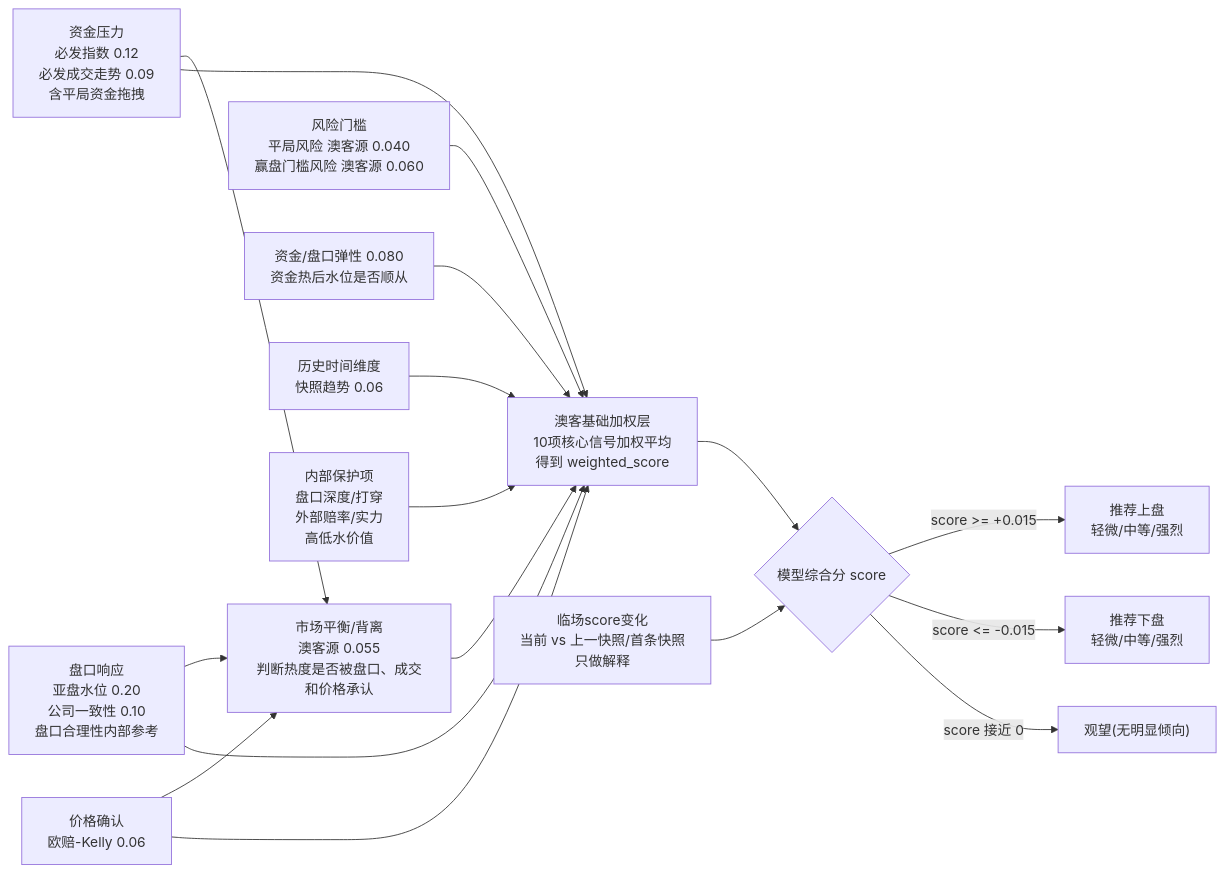
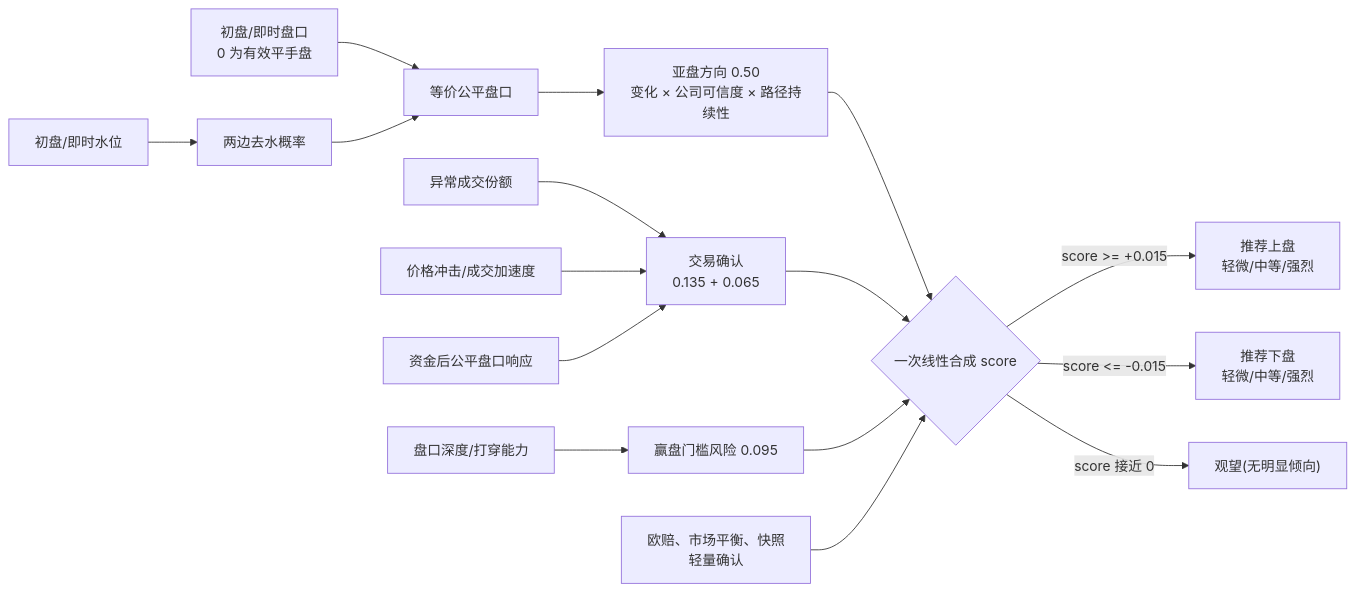
One commit to demongodYY/worldcup changed the first of 2 diagrams in README.md. Above: the diagram before and after it, drawn with Mermaid. The commit also changed other lines of this file and 9 other files, not shown here.

````diff
--- a/README.md
+++ b/README.md
@@ -175,23 +175,21 @@
 ```mermaid
 flowchart LR
-    Money["资金压力\n必发指数 0.12\n必发成交走势 0.09\n含平局资金拖拽"] --> Balance["市场平衡/背离\n澳客源 0.055\n判断热度是否被盘口、成交和价格承认"]
-    Handicap["盘口响应\n亚盘水位 0.20\n公司一致性 0.10\n盘口合理性内部参考"] --> Balance
-    Price["价格确认\n欧赔-Kelly 0.06"] --> Balance
+    Water["初盘/即时水位"] --> NoVig["两边去水概率"]
+    Line["初盘/即时盘口\n0 为有效平手盘"] --> Fair["等价公平盘口"]
+    NoVig --> Fair
+    Fair --> Direction["亚盘方向 0.50\n变化 × 公司可信度 × 路径持续性"]
 
-    Money --> Weighted["澳客基础加权层\n10项核心信号加权平均\n得到 weighted_score"]
-    Handicap --> Weighted
-    Price --> Weighted
-    Balance --> Weighted
+    Flow["异常成交份额"] --> Trade["交易确认\n0.135 + 0.065"]
+    Impact["价格冲击/成交加速度"] --> Trade
+    Response["资金后公平盘口响应"] --> Trade
 
-    Risk["风险门槛\n平局风险 澳客源 0.040\n赢盘门槛风险 澳客源 0.060"] --> Weighted
-    Elasticity["资金/盘口弹性 0.080\n资金热后水位是否顺从"] --> Weighted
-    TimeBase["历史时间维度\n快照趋势 0.06"] --> Weighted
-    Internal["内部保护项\n盘口深度/打穿\n外部赔率/实力\n高低水价值"] --> Weighted
-
-    Weighted --> Final{"模型综合分 score"}
-    Momentum["临场score变化\n当前 vs 上一快照/首条快照\n只做解释"] --> Final
+    Depth["盘口深度/打穿能力"] --> Risk["赢盘门槛风险 0.095"]
+    Direction --> Final{"一次线性合成 score"}
+    Trade --> Final
+    Risk --> Final
+    Confirm["欧赔、市场平衡、快照\n轻量确认"] --> Final
 
     Final -->|"score >= +0.015"| BuyUpper["推荐上盘\n轻微/中等/强烈"]
     Final -->|"score <= -0.015"| BuyLower["推荐下盘\n轻微/中等/强烈"]
     Final -->|"score 接近 0"| Watch["观望(无明显倾向)"]
 ```
````
